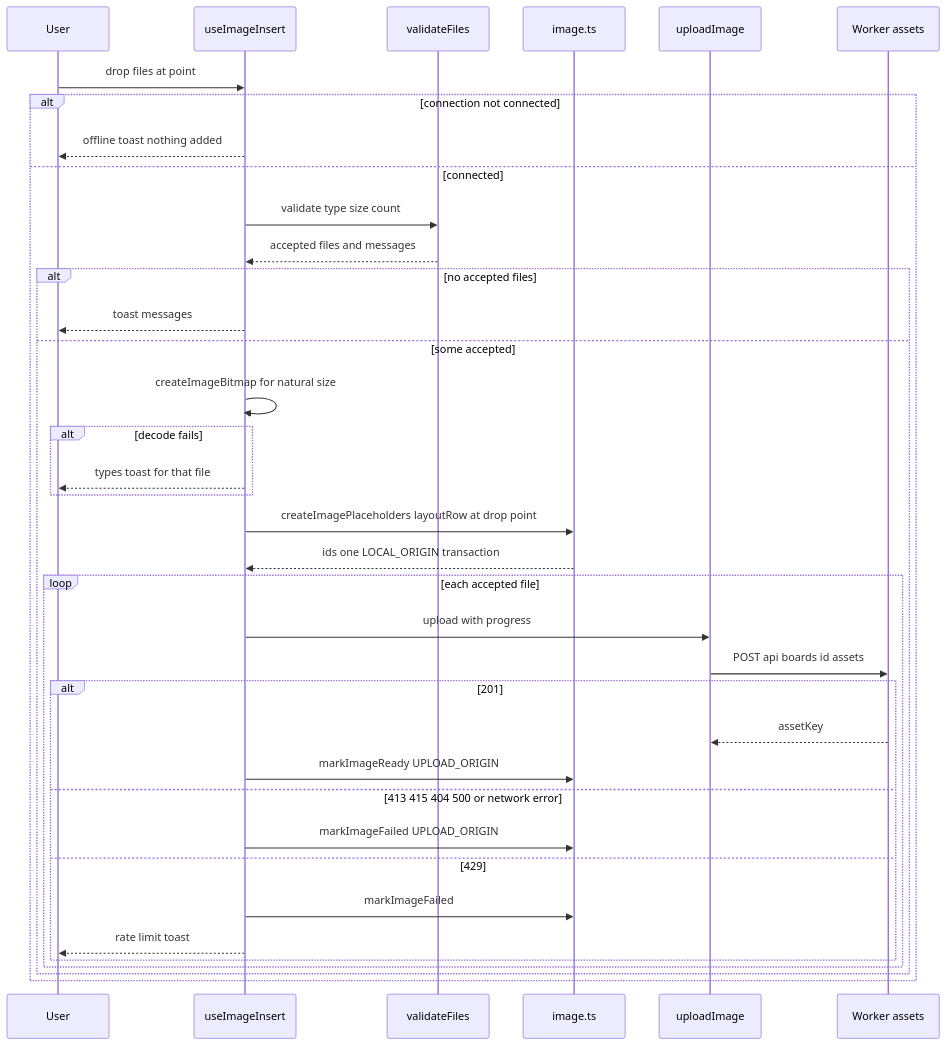
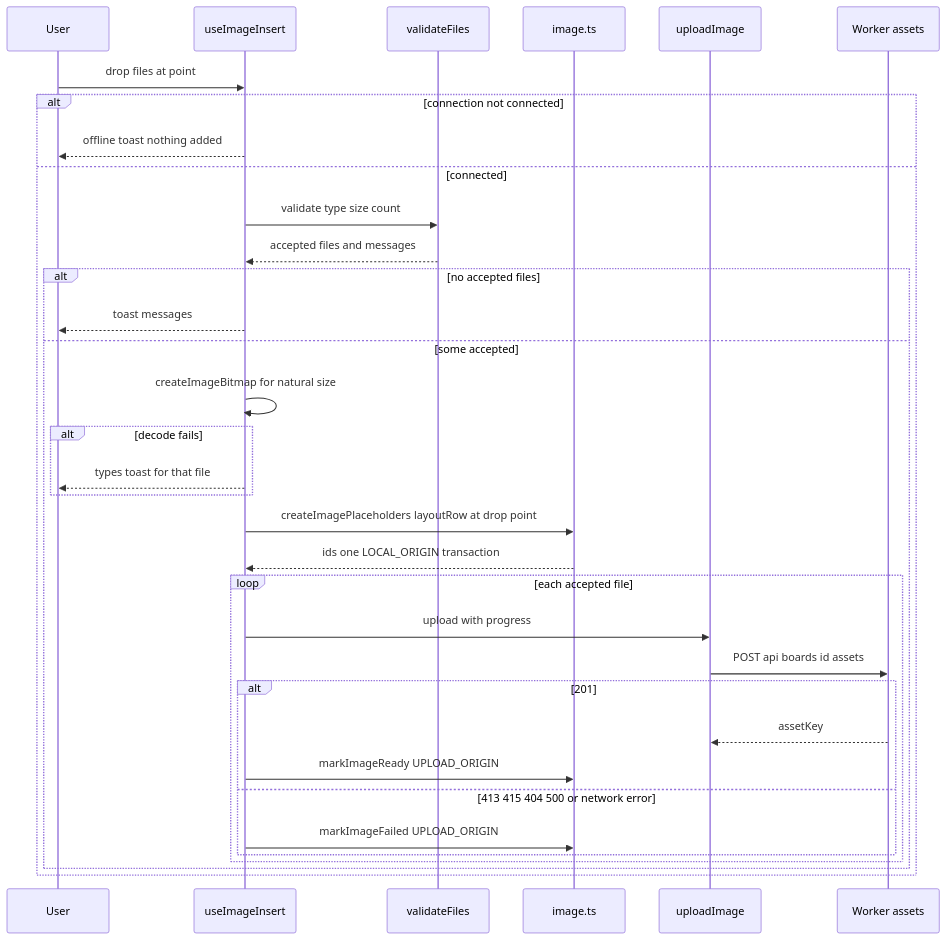
Before and after one commit to boxabirds/awesome-local-ai: the third of 7 diagrams in benchmarks/vidi/spec/stories/012-drop-images-onto-the-board/design.md, drawn with Mermaid. The commit also changed other lines of this file and 12 other files, not shown here.

````diff
--- a/benchmarks/vidi/spec/stories/012-drop-images-onto-the-board/design.md
+++ b/benchmarks/vidi/spec/stories/012-drop-images-onto-the-board/design.md
@@ -101,39 +98,36 @@
 ```mermaid
 sequenceDiagram
     participant U as User
     participant I as useImageInsert
     participant V as validateFiles
     participant M as image.ts
     participant X as uploadImage
     participant W as Worker assets
     U->>I: drop files at point
     alt connection not connected
         I-->>U: offline toast nothing added
     else connected
         I->>V: validate type size count
         V-->>I: accepted files and messages
         alt no accepted files
             I-->>U: toast messages
         else some accepted
             I->>I: createImageBitmap for natural size
             alt decode fails
                 I-->>U: types toast for that file
             end
             I->>M: createImagePlaceholders layoutRow at drop point
             M-->>I: ids one LOCAL_ORIGIN transaction
             loop each accepted file
                 I->>X: upload with progress
                 X->>W: POST api boards id assets
                 alt 201
                     W-->>X: assetKey
                     I->>M: markImageReady UPLOAD_ORIGIN
                 else 413 415 404 500 or network error
                     I->>M: markImageFailed UPLOAD_ORIGIN
-                else 429
-                    I->>M: markImageFailed
-                    I-->>U: rate limit toast
                 end
             end
         end
     end
 ```
````
